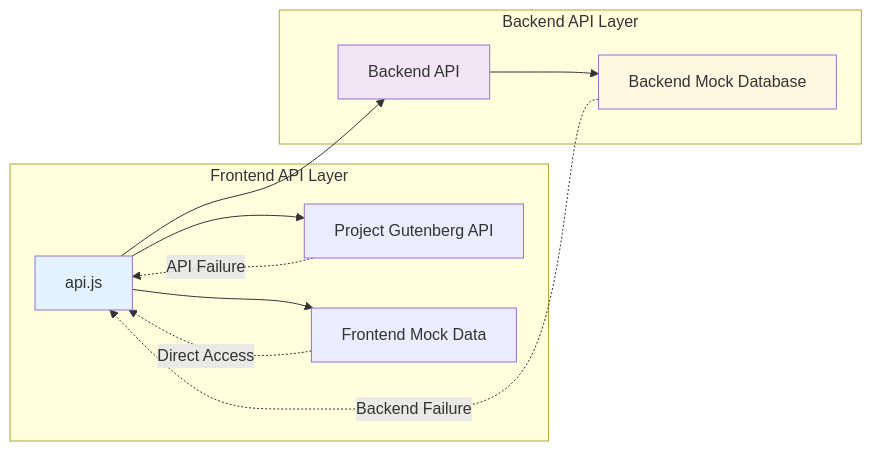
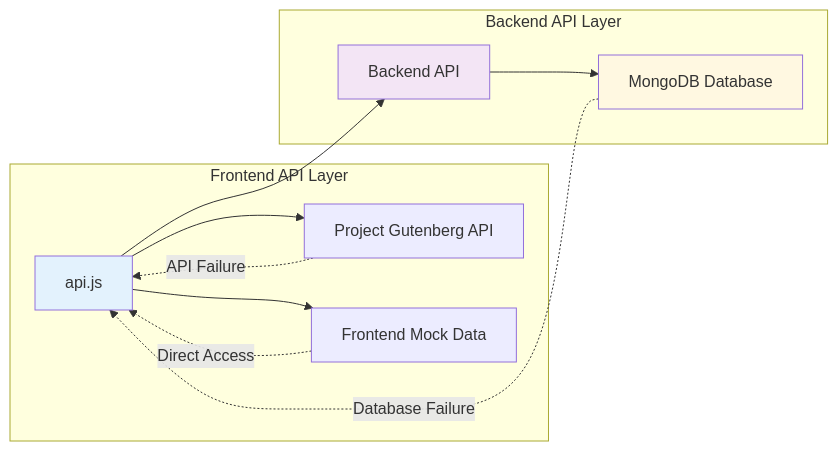
Before and after one commit to ganesh-NB/readsphere: the sixth of 8 diagrams in .qoder/repowiki/en/content/Data Models and Database Schema/Mock Database Implementation.md, drawn with Mermaid. The commit also changed other lines of this file and 46 other files, not shown here.

````diff
--- a/.qoder/repowiki/en/content/Data Models and Database Schema/Mock Database Implementation.md
+++ b/.qoder/repowiki/en/content/Data Models and Database Schema/Mock Database Implementation.md
@@ -277,22 +318,22 @@
 ```mermaid
 graph LR
 subgraph "Frontend API Layer"
 API["api.js"]
 GUTENBERG["Project Gutenberg API"]
 MOCK["Frontend Mock Data"]
 end
 subgraph "Backend API Layer"
 BACKEND["Backend API"]
-MOCK_DB["Backend Mock Database"]
+MONGODB["MongoDB Database"]
 end
 API --> GUTENBERG
 API --> MOCK
 API --> BACKEND
-BACKEND --> MOCK_DB
+BACKEND --> MONGODB
 GUTENBERG -.->|"API Failure"| API
-MOCK_DB -.->|"Backend Failure"| API
+MONGODB -.->|"Database Failure"| API
 MOCK -.->|"Direct Access"| API
 style API fill:#e3f2fd
 style BACKEND fill:#f3e5f5
-style MOCK_DB fill:#fff8e1
+style MONGODB fill:#fff8e1
 ```
````
